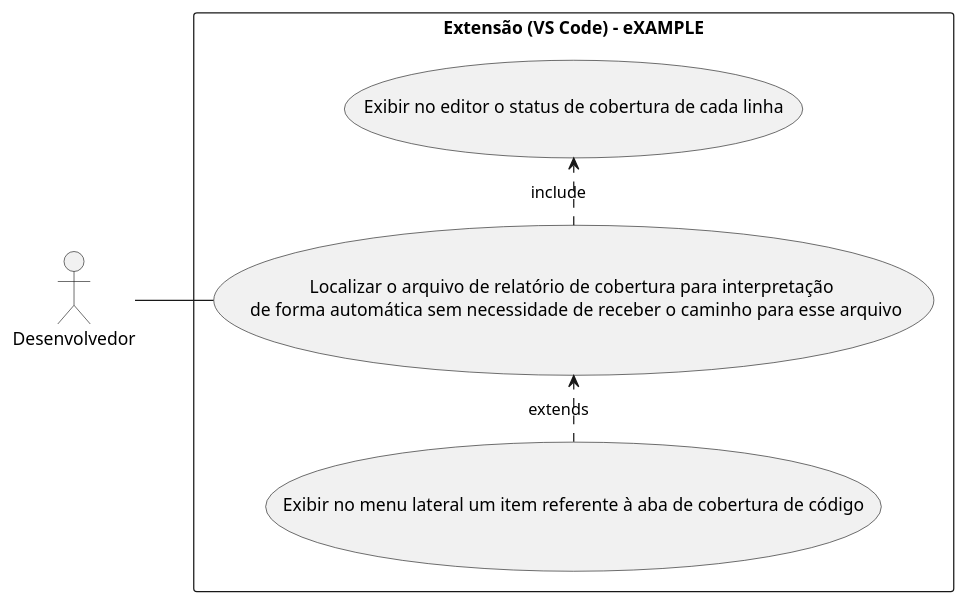
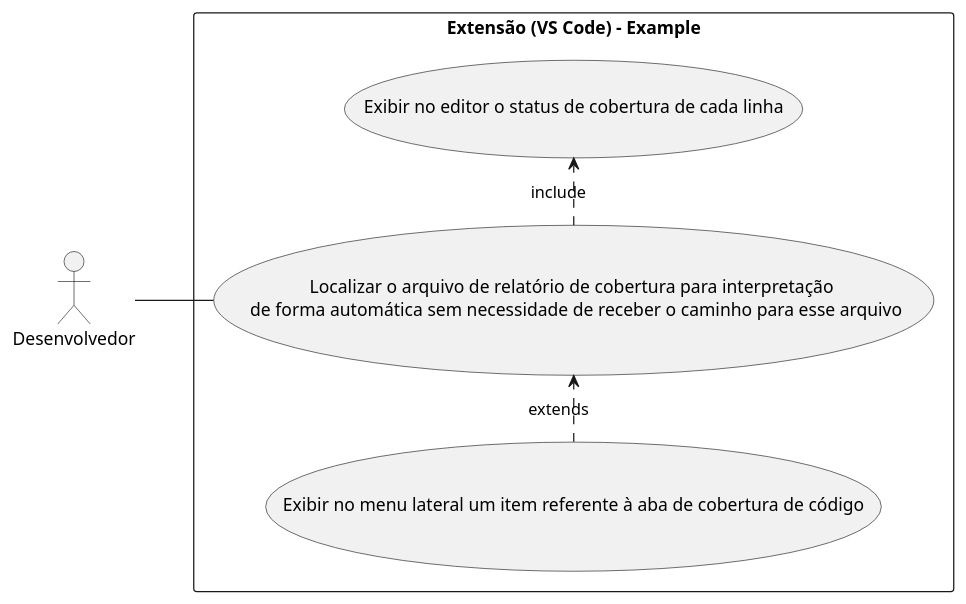
The diagram in Artefatos/Diagrama de Caso de Uso/user-case-diagram.plantuml (ICEI-PUC-Minas-PPLES-TI/plf-es-2022-1-tcci-5308100-dev-arthur-rocha-guilherme-oliveira), drawn with PlantUML before and after one commit. The commit also changed 1 other file, not shown here.

```diff
--- a/Artefatos/Diagrama de Caso de Uso/user-case-diagram.plantuml
+++ b/Artefatos/Diagrama de Caso de Uso/user-case-diagram.plantuml
@@ -1,37 +1,37 @@
 @startuml
 
 left to right direction
 skinparam packageStyle rectangle
 
 "Desenvolvedor" as Dev
 
-package "Extensão (VS Code) - eXAMPLE" {
+package "Extensão (VS Code) - Example" {
 "Localizar o arquivo de relatório de cobertura para interpretação \n de forma automática sem necessidade de receber o caminho para esse arquivo" as (UC01)
 "Exibir no editor o status de cobertura de cada linha" as (UC02)
 "Exibir no menu lateral um item referente à aba de cobertura de código" as (UC03)
 ' "Exibir a porcentagem de cobertura de código total na aba lateral" as (UC04)
 ' "Permitir a ativação/desativação da visualização do status de cada linha" as (UC05)
 ' "Permitir a troca da visualização da porcentagem de cobertura total para a porcentagem de cobertura do arquivo abertoPermitir a seleção da branch de referência" as (UC06)
 ' "Exibir a porcentagem de cobertura de código total na aba lateral referente a todas as linhas criadas e alteradas na ramificação atual" as (UC07)
 ' "Permitir a ativação/desativação da visualização do status de cobertura com base na diferença das ramificações do versionamento de código" as (UC08)
 ' "Permitir a troca da visualização da porcentagem de cobertura total para a porcentagem de cobertura do arquivo aberto referente às linhas criadas e alteradas nesse arquivo na ramificação atual" as (UC09)
 ' "Exibir no editor apenas o status de cobertura das linhas criadas ou alteradas na ramificação atualPoder adicionar um arquivo de configuração na raiz do projeto" as (UC10)
 ' "Permitir a definição de um valor mínimo de cobertura" as (UC11)
 ' "Permitir a fixação da ramificação de referência para o projeto" as (UC12)
 ' "Permitir a definição do script de execução dos testes para geração do arquivo de relatório de cobertura de código de modo que observe as alterações dos arquivos do repositório" as (UC13)
 ' "Permitir a definição do script de execução dos testes para geração do arquivo de relatório de cobertura de código com modo de observação das alterações dos arquivos do repositório desativado" as (UC14)
 ' "Permitir a definição do caminho para o arquivo de relatório de coberturaGerar um arquivo de configuração para o GitHub Actions que executa os testes e verifica se os critérios definidos nas configurações do diretório foram alcançados." as (UC15)
 ' "Gerar integração com a biblioteca husky para gerar um arquivo de Shell Script que executa os testes e verifica se os critérios definidos nas configurações do diretório foram alcançados no momento do pre-commit" as (UC16)
 ' "Gerar integração com a biblioteca husky para gerar um arquivo de Shell Script que executa os testes e verifica se os critérios definidos nas configurações do diretório foram alcançados no momento do pre-pushNa aba lateral exibir todas as linhas da aplicação que não foram cobertas" as (UC17)
 ' "Quando o modo de visualização do status de cobertura estiver ativo com base na diferença das ramificações do versionamento de código, deve ser exibir apenas as linhas sem coberturas de testes que foram criadas ou alteradas na ramificação atual" as (UC18)
 ' "Ao clicar em uma nas linhas listadas como descobertas, redireciona a janela do editor para o arquivo na exata linha selecionadaQuando definido o comando para execução dos testes no arquivo de configurações de modo que observe as alterações dos arquivos do repositório, permitir a execução desse comando pela interface da aba de cobertura de testes" as (UC19)
 ' "Quando definido o comando para execução dos testes no arquivo de configurações com modo de observação das alterações dos arquivos do repositório desativado, permitir a execução desse comando pela interface da aba de cobertura de testesVisualizar os dados dentro da aba da extensão (Visual Studio Code)" as (UC20)
 ' "Configuração das opções do modo de visualização dentro da aba da extensão (Visual Studio Code)" as (UC21)
 ' "As ações e os estados da extensão deve ser logados na API de Output do Visual Studio Code" as (UC22)
 }
 
 Dev -- (UC01)
 (UC01) .> (UC02) : include
 (UC03) .> (UC01) : extends
 
 @enduml
```
